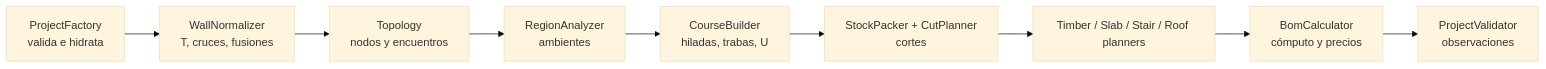
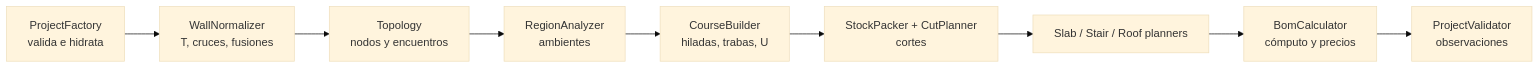
The second of 3 diagrams in ARCHITECTURE.md (promani/blockk), drawn with Mermaid (base theme) before and after one commit. The commit also changed other lines of this file and 61 other files, not shown here.

````diff
--- a/ARCHITECTURE.md
+++ b/ARCHITECTURE.md
@@ -40,11 +40,11 @@
 ```mermaid
 graph LR
     F[ProjectFactory<br/>valida e hidrata] --> N[WallNormalizer<br/>T, cruces, fusiones]
     N --> T[Topology<br/>nodos y encuentros]
     T --> R[RegionAnalyzer<br/>ambientes]
     R --> C[CourseBuilder<br/>hiladas, trabas, U]
     C --> K[StockPacker + CutPlanner<br/>cortes]
-    K --> P[Timber / Slab / Stair / Roof planners]
+    K --> P[Slab / Stair / Roof planners]
     P --> B[BomCalculator<br/>cómputo y precios]
     B --> V[ProjectValidator<br/>observaciones]
 ```
````
